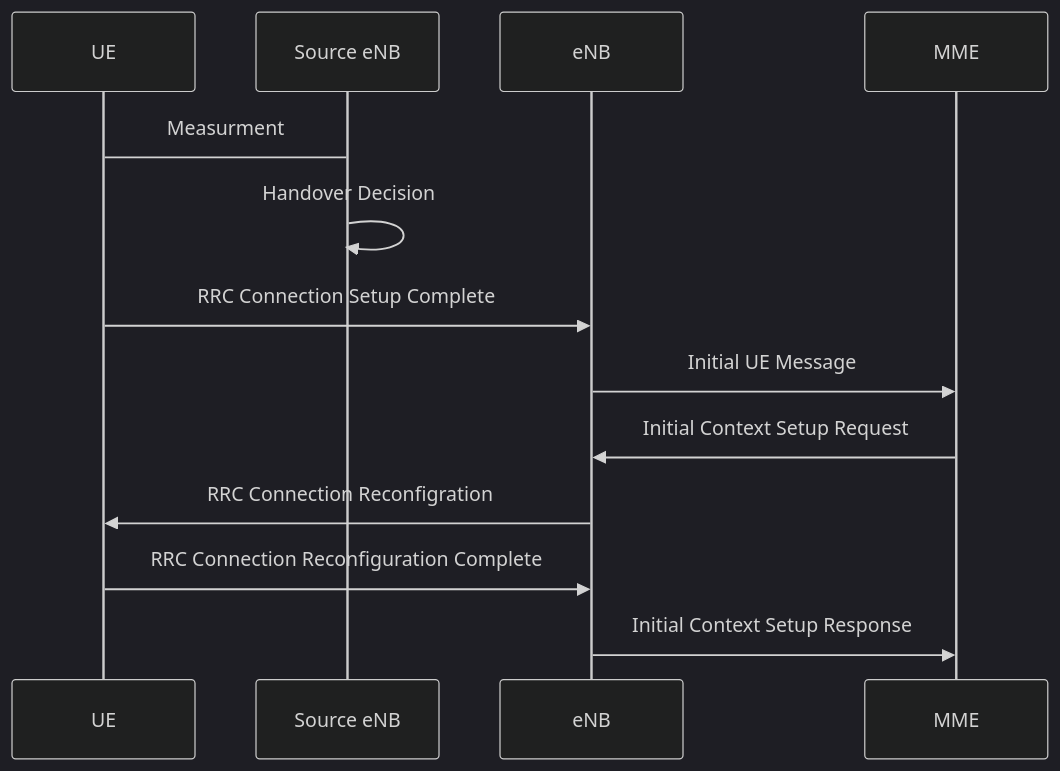
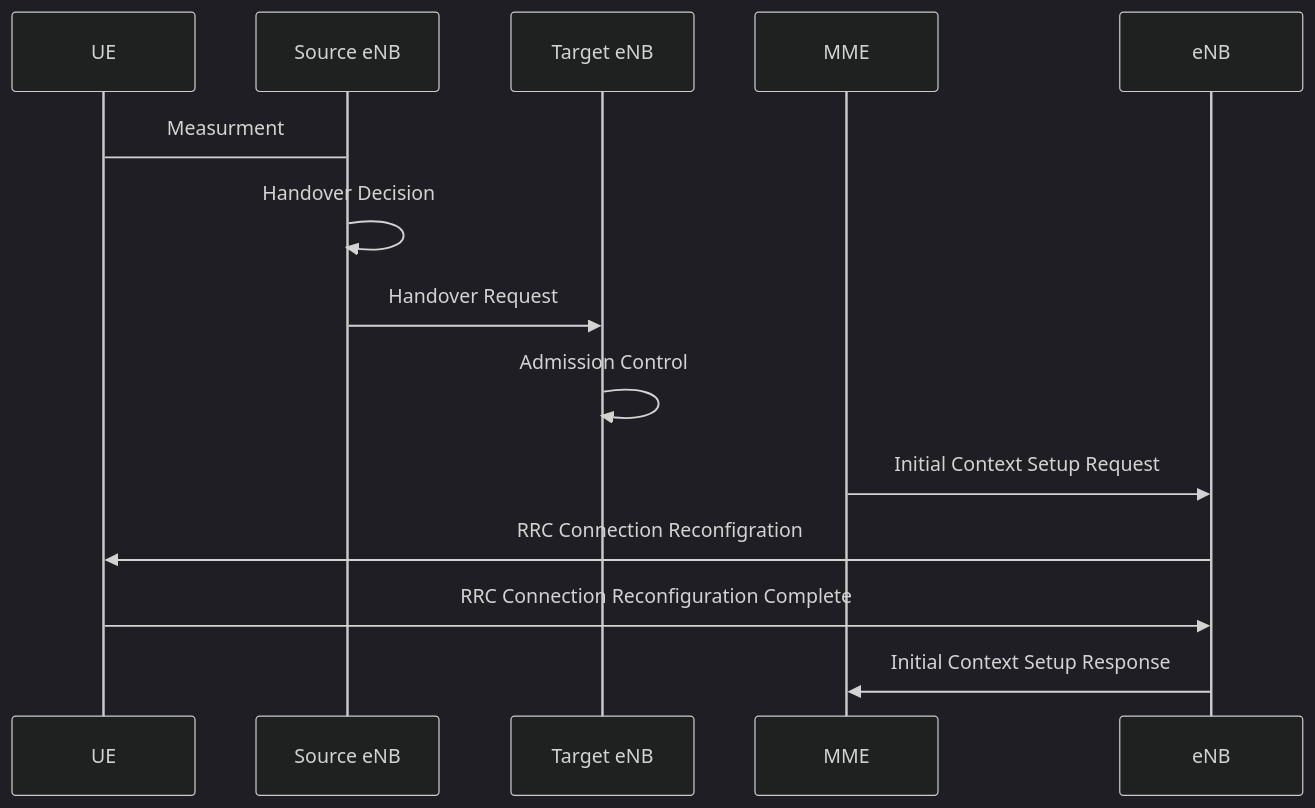
Before and after one commit to ThomasRochette/NoteCours: the fourth of 4 diagrams in ARM.md, drawn with Mermaid (dark theme). The commit also changed other lines of this file, not shown here.

Commit message:
Uploaded by https://stackedit.io/

````diff
--- a/ARM.md
+++ b/ARM.md
@@ -133,11 +133,11 @@
 ```mermaid
 sequenceDiagram
 UE -> Source eNB: Measurment
 Source eNB ->> Source eNB: Handover Decision
-UE ->> eNB: RRC Connection Setup Complete
-eNB ->> MME: Initial UE Message
+Source eNB ->> Target eNB: Handover Request
+Target eNB ->> Target eNB: Admission Control
 MME ->> eNB: Initial Context Setup Request
 eNB ->> UE: RRC Connection Reconfigration 
 UE ->> eNB: RRC Connection Reconfiguration Complete
 eNB ->> MME: Initial Context Setup Response
 ```
````
